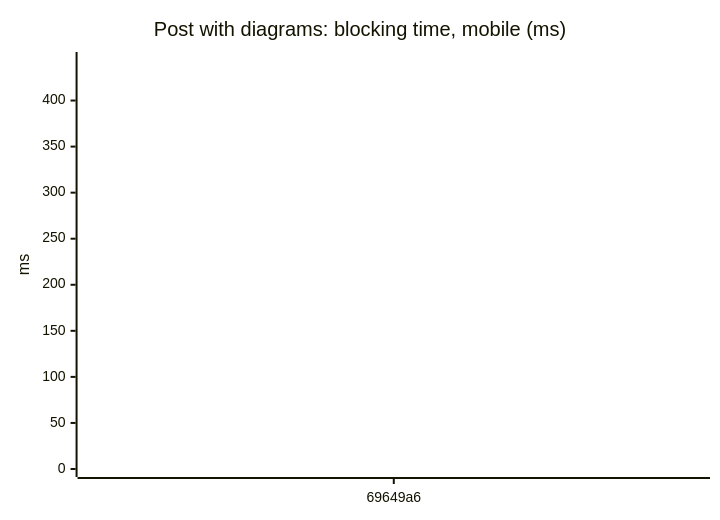
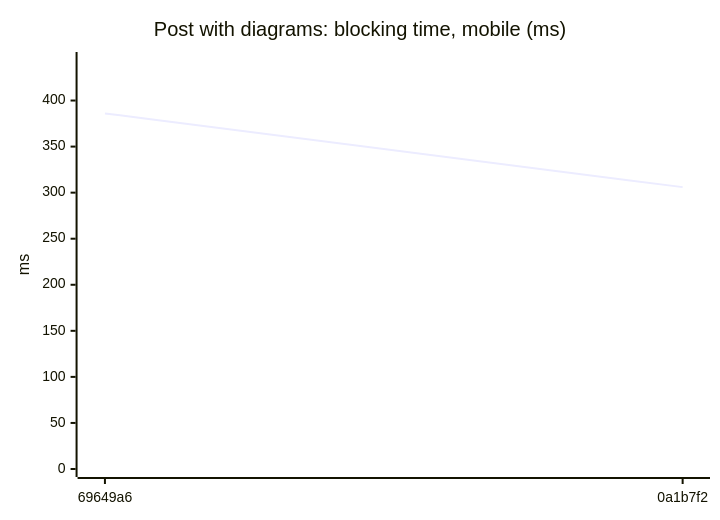
One commit to AxelUser/maltsev.space changed diagram 16 of 18 in README.md. Above: the diagram before and after it, drawn with Mermaid. The commit also changed other lines of this file and 1 other file, not shown here.

````diff
--- a/README.md
+++ b/README.md
@@ -169,7 +169,7 @@
 ```mermaid
 xychart-beta
   title "Post with diagrams: blocking time, mobile (ms)"
-  x-axis ["69649a6"]
+  x-axis ["69649a6", "0a1b7f2"]
   y-axis "ms" 0 --> 444
-  line [386]
+  line [386, 306]
 ```
````
